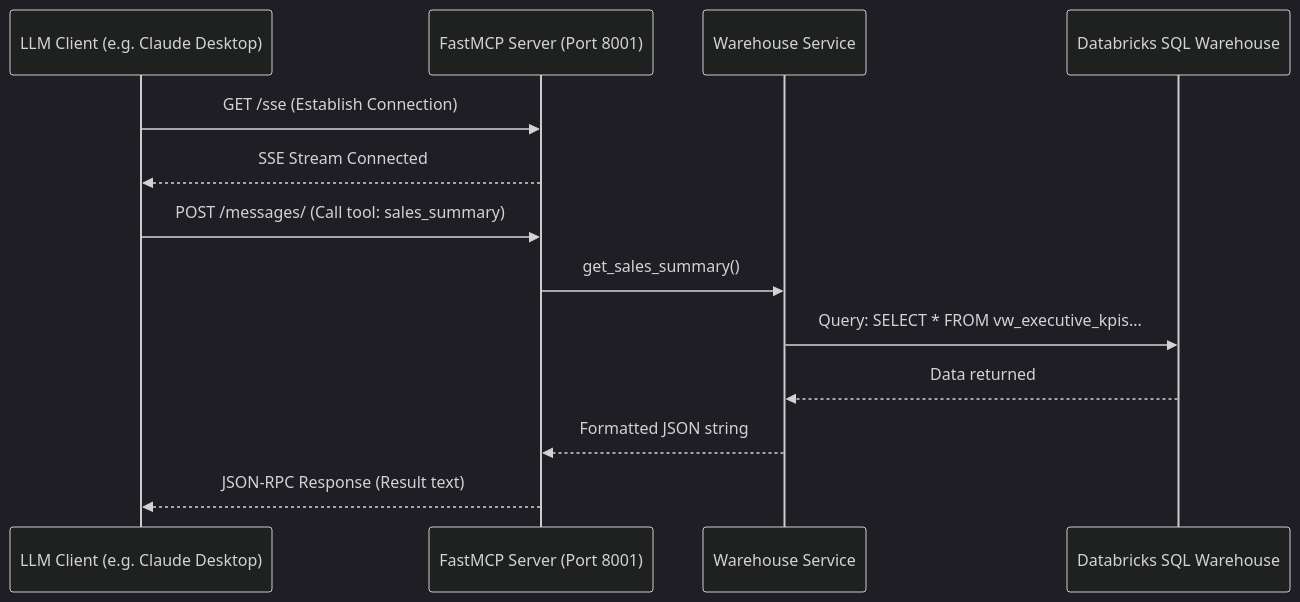
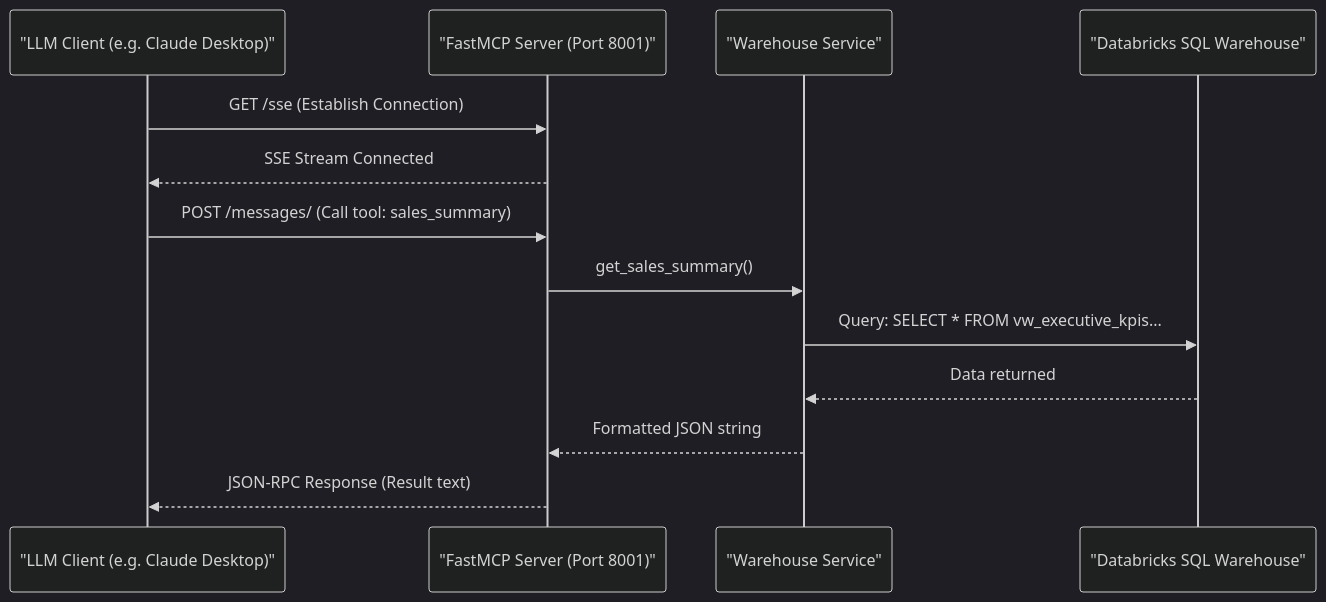
One commit to Azaken1248/Retail-Intelligence-Platform changed the diagram in docs/guide/api-mcp.md. Above: the diagram before and after it, drawn with Mermaid (dark theme). The commit also changed 1 other file, not shown here.

Commit message:
docs(diagrams): fix invalid syntax and line break escaping in flowchart and sequence diagrams

````diff
--- a/docs/guide/api-mcp.md
+++ b/docs/guide/api-mcp.md
@@ -13,16 +13,16 @@
 ```mermaid
 sequenceDiagram
-    participant LLM as LLM Client (e.g. Claude Desktop)
-    participant MCP as FastMCP Server (Port 8001)
-    participant WH as Warehouse Service
-    participant DB as Databricks SQL Warehouse
+    participant LLM as "LLM Client (e.g. Claude Desktop)"
+    participant MCP as "FastMCP Server (Port 8001)"
+    participant WH as "Warehouse Service"
+    participant DB as "Databricks SQL Warehouse"
 
     LLM->>MCP: GET /sse (Establish Connection)
     MCP-->>LLM: SSE Stream Connected
     LLM->>MCP: POST /messages/ (Call tool: sales_summary)
     MCP->>WH: get_sales_summary()
     WH->>DB: Query: SELECT * FROM vw_executive_kpis...
     DB-->>WH: Data returned
     WH-->>MCP: Formatted JSON string
     MCP-->>LLM: JSON-RPC Response (Result text)
 ```
````
